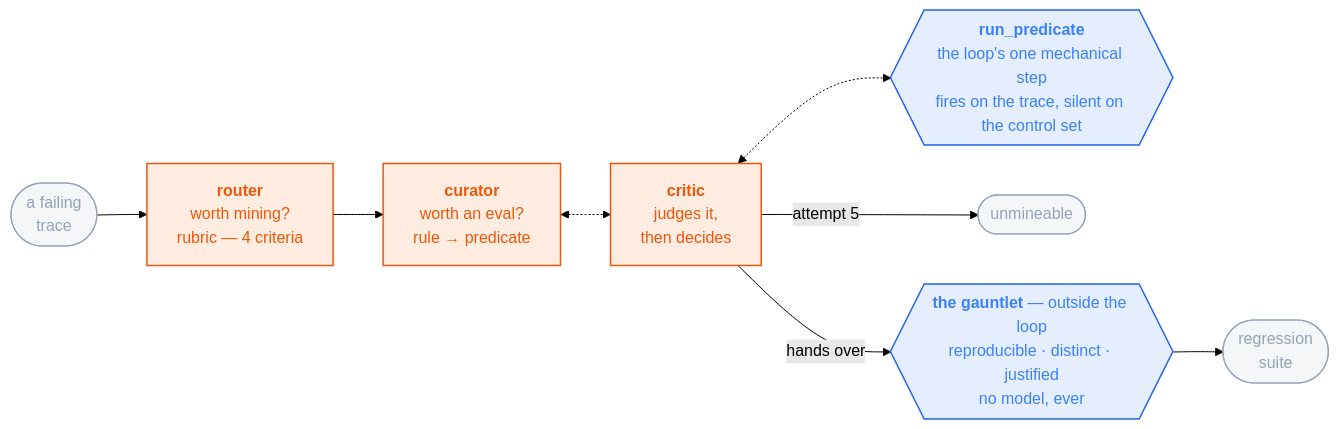
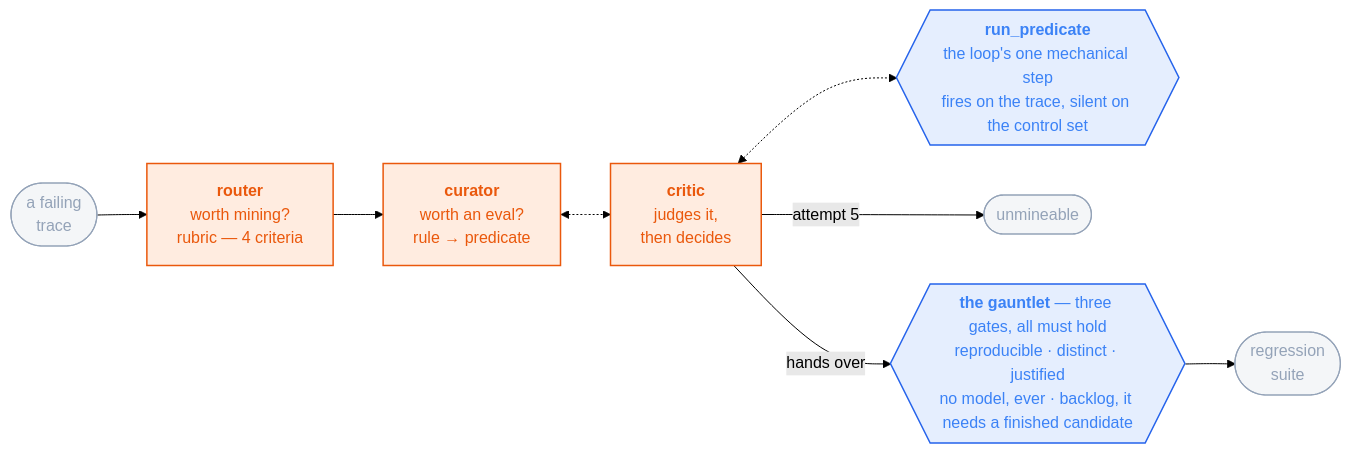
Before and after one commit to sandeepyadav1478/touchstone: the diagram in README.md, drawn with Mermaid (forest theme). The commit also changed other lines of this file and 3 other files, not shown here.

First line of the commit message:
The gauntlet is backlog, not deferred -- and the difference is a dependency

````diff
--- a/README.md
+++ b/README.md
@@ -80,17 +80,17 @@
 ```mermaid
 flowchart LR
   T(["a failing<br/>trace"]) --> R["<b>router</b><br/>worth mining?<br/>rubric — 4 criteria"]
   R --> CU["<b>curator</b><br/>worth an eval?<br/>rule → predicate"]
   CU <-.-> CR["<b>critic</b><br/>judges it,<br/>then decides"]
   CR <-.-> RP{{"<b>run_predicate</b><br/>the loop's one mechanical step<br/>fires on the trace, silent on the control set"}}
   CR -->|"attempt 5"| U(["unmineable"])
-  CR -->|"hands over"| AD{{"<b>the gauntlet</b> — outside the loop<br/>reproducible · distinct · justified<br/>no model, ever"}}
+  CR -->|"hands over"| AD{{"<b>the gauntlet</b> — three gates, all must hold<br/>reproducible · distinct · justified<br/>no model, ever · backlog, it needs a finished candidate"}}
   AD --> S(["regression<br/>suite"])
 
   classDef m fill:#f9731622,stroke:#ea580c,stroke-width:1.5px,color:#ea580c
   classDef d fill:#3b82f622,stroke:#2563eb,stroke-width:1.5px,color:#3b82f6
   classDef io fill:#94a3b81a,stroke:#94a3b8,stroke-width:1.2px,color:#94a3b8
   class R,CU,CR m
   class RP,AD d
   class T,S,U io
 ```
````
